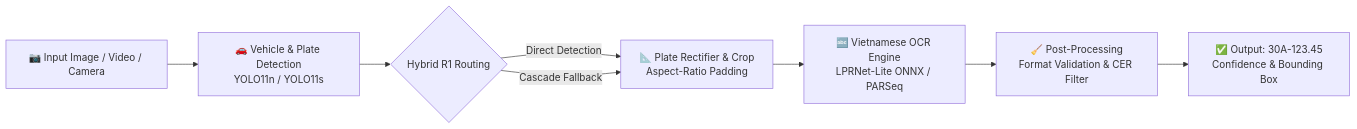
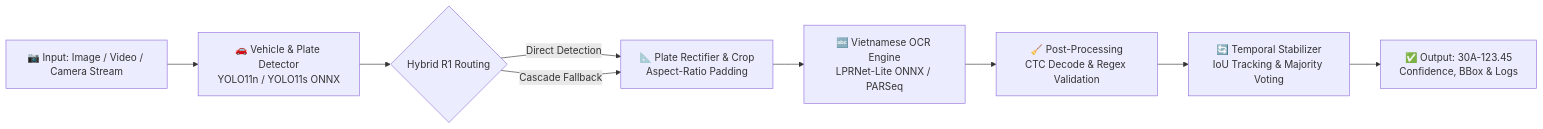
The diagram in README.md (KoPinKhanh/Vietnamese-plate-recognition), drawn with Mermaid before and after one commit. The commit also changed other lines of this file and 1 other file, not shown here.

````diff
--- a/README.md
+++ b/README.md
@@ -21,10 +30,11 @@
 ```mermaid
 flowchart LR
-    A[📷 Input Image / Video / Camera] --> B[🚗 Vehicle & Plate Detection\nYOLO11n / YOLO11s]
+    A[📷 Input: Image / Video / Camera Stream] --> B[🚗 Vehicle & Plate Detector\nYOLO11n / YOLO11s ONNX]
     B --> C{Hybrid R1 Routing}
     C -->|Direct Detection| D[📐 Plate Rectifier & Crop\nAspect-Ratio Padding]
     C -->|Cascade Fallback| D
     D --> E[🔤 Vietnamese OCR Engine\nLPRNet-Lite ONNX / PARSeq]
-    E --> F[🧹 Post-Processing\nFormat Validation & CER Filter]
-    F --> G[✅ Output: 30A-123.45\nConfidence & Bounding Box]
+    E --> F[🧹 Post-Processing\nCTC Decode & Regex Validation]
+    F --> G[🔄 Temporal Stabilizer\nIoU Tracking & Majority Voting]
+    G --> H[✅ Output: 30A-123.45\nConfidence, BBox & Logs]
 ```
````
